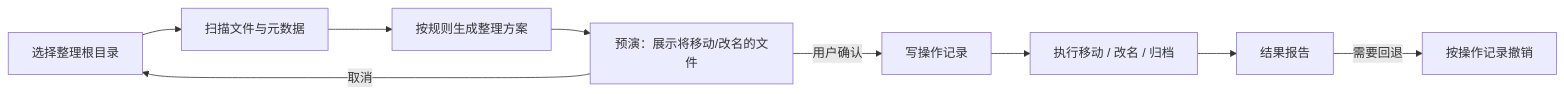
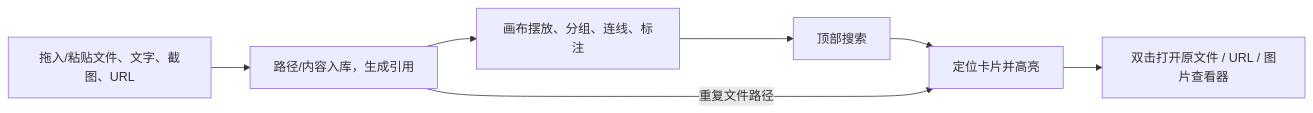
Before and after one commit to ht-sauce/ploceusTidy: the first of 2 diagrams in docs/spec/00-overview.md, drawn with Mermaid. The commit also changed other lines of this file and 58 other files, not shown here.

````diff
--- a/docs/spec/00-overview.md
+++ b/docs/spec/00-overview.md
@@ -16,11 +18,9 @@
 ```mermaid
 flowchart LR
-    A[选择整理根目录] --> B[扫描文件与元数据]
-    B --> C[按规则生成整理方案]
-    C --> D[预演：展示将移动/改名的文件]
-    D -->|用户确认| E[写操作记录]
-    E --> F[执行移动 / 改名 / 归档]
-    F --> G[结果报告]
-    G -->|需要回退| H[按操作记录撤销]
-    D -->|取消| A
+    A[拖入/粘贴文件、文字、截图、URL] --> B[路径/内容入库，生成引用]
+    B --> C[画布摆放、分组、连线、标注]
+    C --> D[顶部搜索]
+    D --> E[定位卡片并高亮]
+    E --> F[双击打开原文件 / URL / 图片查看器]
+    B -->|重复文件路径| E
 ```
````
